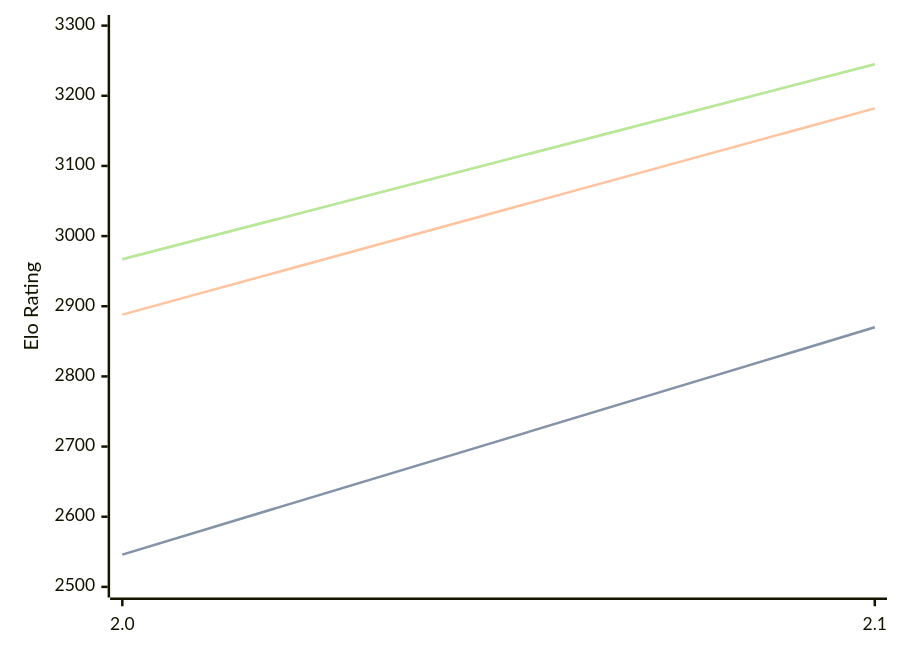
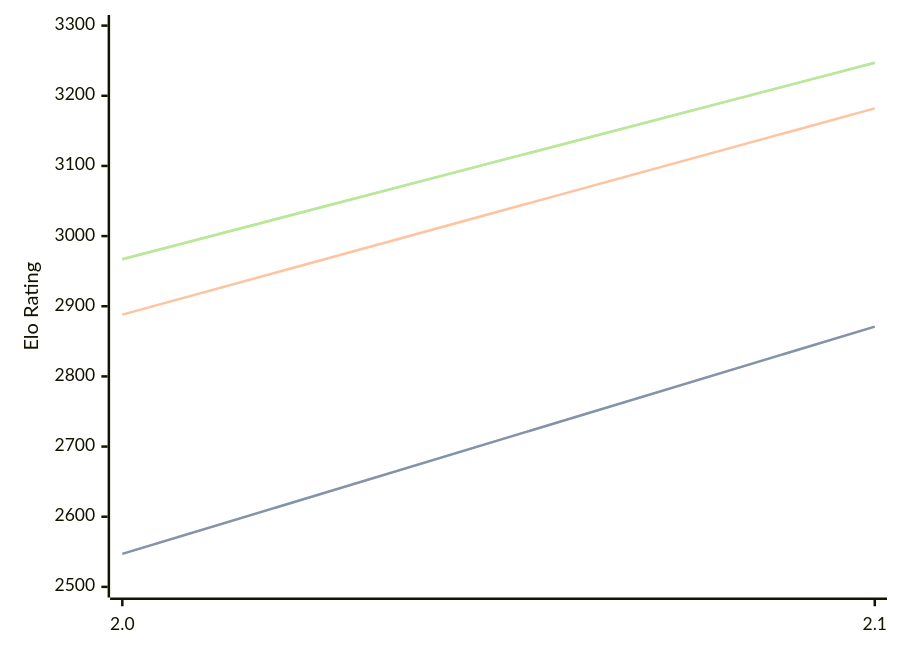
Before and after one commit to computer-chess-index/cci: the diagram in engines/Tunguska.md, drawn with Mermaid. The commit also changed other lines of this file, not shown here.

Commit message:
Update CCI Ratings (ELO VLTC) - 2026-04-22

````diff
--- a/engines/Tunguska.md
+++ b/engines/Tunguska.md
@@ -32,11 +32,11 @@
 ```mermaid
 %%{init: {"theme":"base","themeVariables":{"seriesColors:['#a3a3a3','#222221','#faa371']}}}%%
 xychart-beta
   x-axis ["2.0", "2.1"]
   y-axis "Elo Rating" 2500 --> 3300
-  line "STC (8.0+0.08s)" [2546, 2870]
-  line "STC (8.0+0.08s)" [2546, 2870]
+  line "STC (8.0+0.08s)" [2547, 2871]
+  line "STC (8.0+0.08s)" [2547, 2871]
   line "LTC (60.0+0.60s)" [2888, 3182]
-  line "VLTC (2m24s+1.12s)" [2967, 3245]
-  line "VLTC (2m24s+1.12s)" [2967, 3245]
+  line "VLTC (2m24s+1.12s)" [2967, 3247]
+  line "VLTC (2m24s+1.12s)" [2967, 3247]
 ```
````
